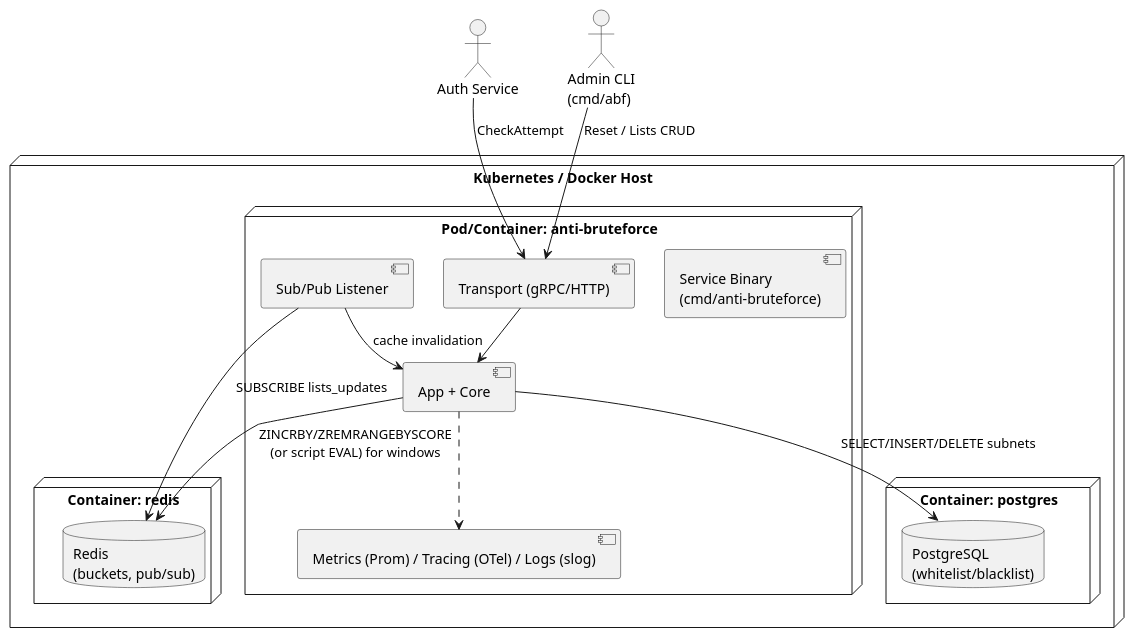
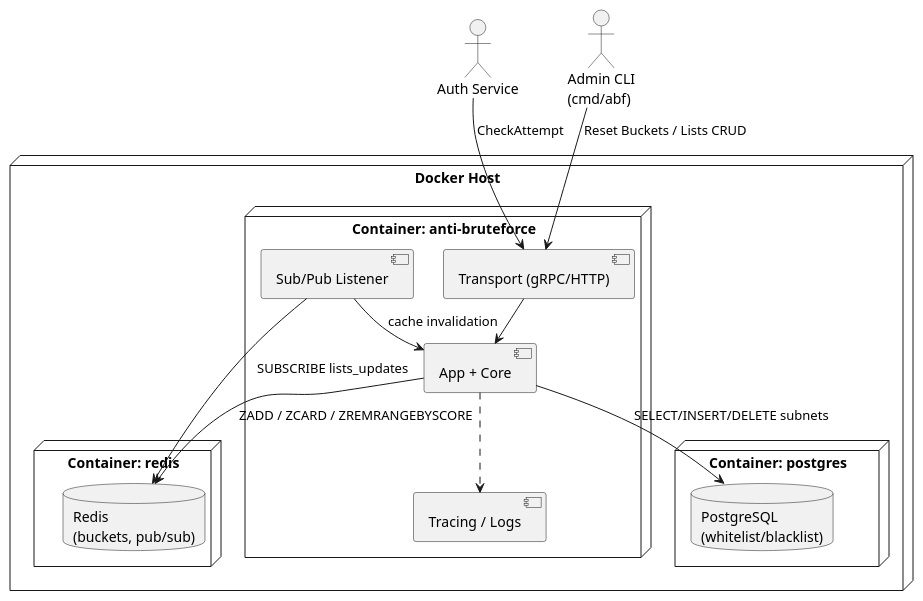
One commit to Alexandr-Snisarenko/Otus-Anti-bruteforce changed the diagram in docs/architecture/anti-bruteforce-deployment.puml. Above: the diagram before and after it, drawn with PlantUML. The commit also changed 12 other files, not shown here.

```diff
--- a/docs/architecture/anti-bruteforce-deployment.puml
+++ b/docs/architecture/anti-bruteforce-deployment.puml
@@ -1,38 +1,37 @@
 @startuml AntiBruteforceDeployment
 skinparam nodesep 30
 skinparam ranksep 25
 skinparam DefaultFontName Monospace
 
-node "Kubernetes / Docker Host" {
-  node "Pod/Container: anti‑bruteforce" {
-    component "Service Binary\n(cmd/anti-bruteforce)" as bin
+node "Docker Host" {
+  node "Container: anti‑bruteforce" {
     component "Transport (gRPC/HTTP)" as tr
     component "App + Core" as app
     component "Sub/Pub Listener" as sub
-    component "Metrics (Prom) / Tracing (OTel) / Logs (slog)" as obs
+    component "Tracing / Logs" as obs
 
     tr --> app
     app ..> obs
     sub --> app : cache invalidation
   }
 
   node "Container: redis" as redis {
     database "Redis\n(buckets, pub/sub)" as rdb
   }
 
   node "Container: postgres" as pg {
     database "PostgreSQL\n(whitelist/blacklist)" as pdb
   }
 }
 
 actor "Auth Service" as auth
 actor "Admin CLI\n(cmd/abf)" as cli
 
 auth --> tr : CheckAttempt
-cli --> tr : Reset / Lists CRUD
+cli --> tr : Reset Buckets / Lists CRUD
 
-app --> rdb : ZINCRBY/ZREMRANGEBYSCORE\n(or script EVAL) for windows
+app --> rdb : ZADD / ZCARD / ZREMRANGEBYSCORE
 app --> pdb : SELECT/INSERT/DELETE subnets
 sub --> rdb : SUBSCRIBE lists_updates
 
 @enduml
```
